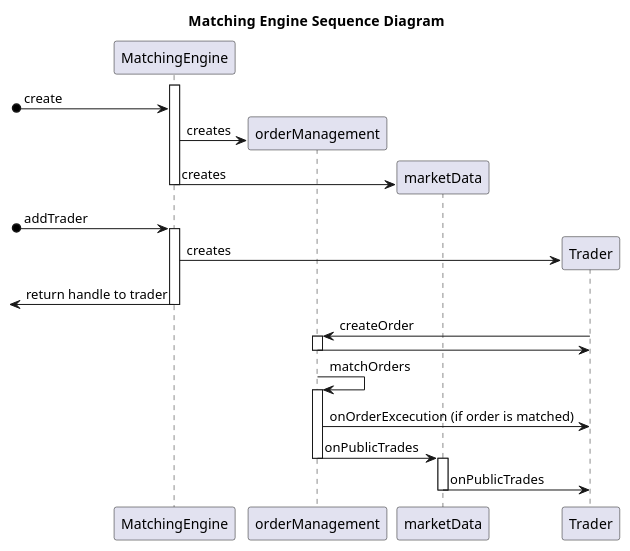
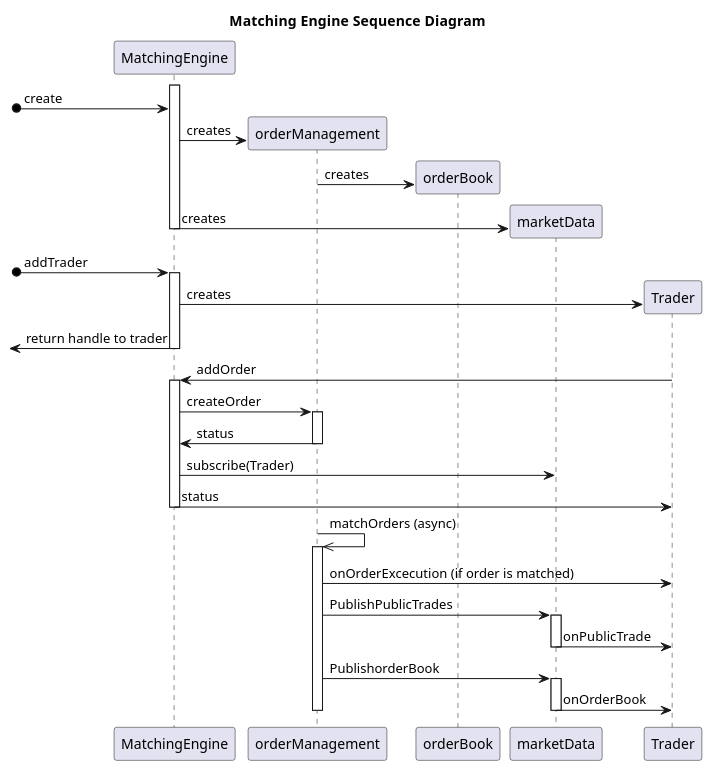
One commit to wailo/orderbook-matching-engine changed the second of 2 diagrams in README.org. Above: the diagram before and after it, drawn with PlantUML. The commit also changed other lines of this file and 11 other files, not shown here.

Commit message:
- More test cases for updates  - Add more comments  - Added class diagram

```diff
--- a/README.org
+++ b/README.org
@@ -23,37 +239,49 @@
-  #+begin_src plantuml :file sd.txt :results output silent:
-  ' skinparam monochrome true
-  title Matching Engine  Sequence Diagram
+#+begin_src plantuml :file sd.png :results output silent:
+      ' skinparam monochrome true
+      title Matching Engine  Sequence Diagram
 
-  create MatchingEngine
+      create MatchingEngine
 
-  activate MatchingEngine
-  [o-> MatchingEngine : create
-  create orderManagement
-  MatchingEngine -> orderManagement : creates
-  create marketData
-  MatchingEngine -> marketData : creates
-  deactivate MatchingEngine
+      activate MatchingEngine
+      [o-> MatchingEngine : create
+      create orderManagement
+      MatchingEngine -> orderManagement : creates
+      create orderBook
+      orderManagement -> orderBook : creates
+      create marketData
+      MatchingEngine -> marketData : creates
+      deactivate MatchingEngine
 
 
-  [o-> MatchingEngine : addTrader
-  activate MatchingEngine
-  create Trader
-  MatchingEngine -> Trader : creates
-  <-MatchingEngine: return handle to trader
-  deactivate MatchingEngine
+      [o-> MatchingEngine : addTrader
+      activate MatchingEngine
+      create Trader
+      MatchingEngine -> Trader : creates
+      <-MatchingEngine: return handle to trader
+      deactivate MatchingEngine
 
-  Trader -> orderManagement : createOrder
-  activate orderManagement
-  orderManagement -> Trader :
-  deactivate orderManagement
+      Trader -> MatchingEngine : addOrder
+      activate MatchingEngine
+      MatchingEngine -> orderManagement : createOrder
+      activate orderManagement
+      orderManagement -> MatchingEngine : status
+      deactivate orderManagement
+      MatchingEngine -> marketData : subscribe(Trader)     
+      MatchingEngine -> Trader : status
+      deactivate MatchingEngine
 
-  orderManagement -> orderManagement : matchOrders
-  activate orderManagement
-  orderManagement -> Trader : onOrderExcecution (if order is matched)
-  orderManagement -> marketData : onPublicTrades 
-  deactivate orderManagement
-  activate marketData
+      orderManagement ->> orderManagement : matchOrders (async)
+      activate orderManagement
+      orderManagement -> Trader : onOrderExcecution (if order is matched)
+      orderManagement -> marketData : PublishPublicTrades 
+      activate marketData
+      marketData -> Trader: onPublicTrade
+      deactivate marketData
+      orderManagement -> marketData : PublishorderBook
+      activate marketData
+      marketData -> Trader: onOrderBook
+      deactivate marketData
+      deactivate orderManagement
 
-  marketData -> Trader: onPublicTrades
-  deactivate marketData
-  #+end_src
+
+      #+end_src
```
